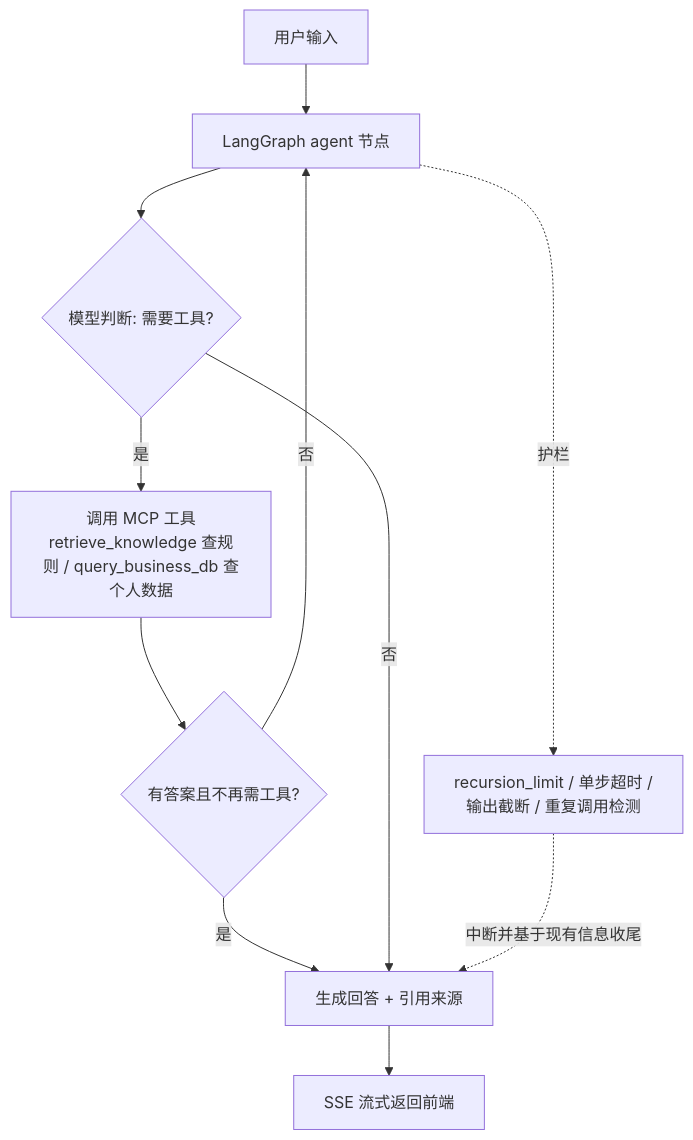
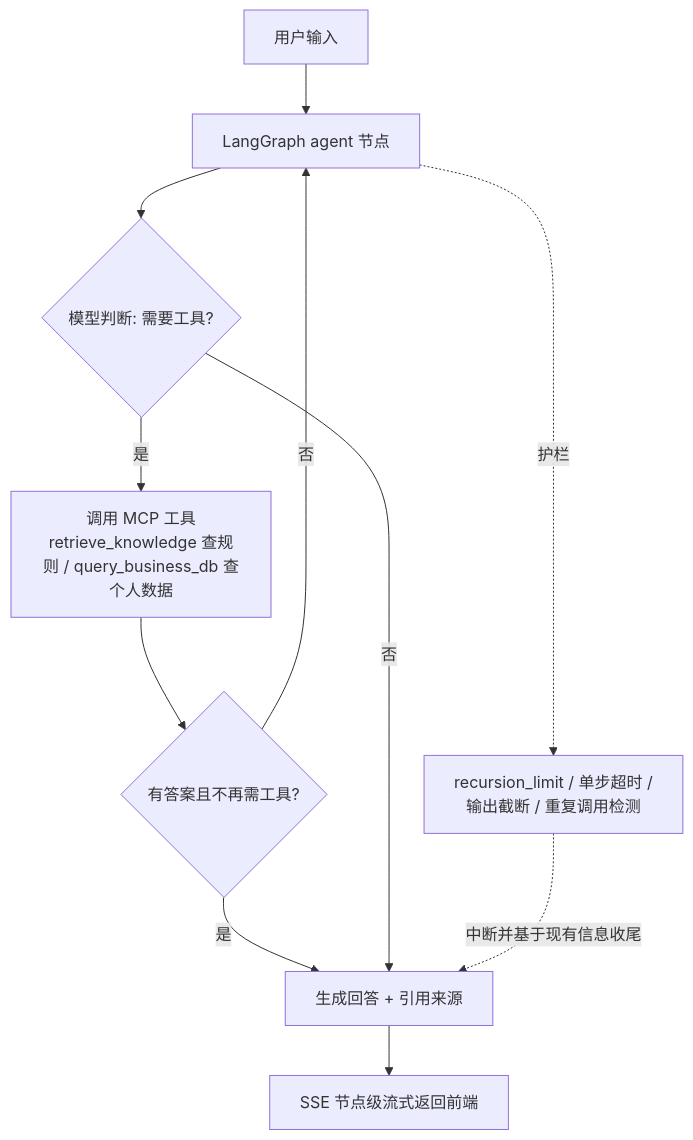
One commit to Just-Lost-Xanadu/kbase-agent changed the diagram in kbase-agent/README.md. Above: the diagram before and after it, drawn with Mermaid. The commit also changed other lines of this file, not shown here.

Commit message:
docs: 统一口径 —— SSE 统一标注为节点级; 评测 cases=10 修正为 40; --tag/--compare 明确归属端到端层

````diff
--- a/kbase-agent/README.md
+++ b/kbase-agent/README.md
@@ -92,13 +92,13 @@
 ```mermaid
 flowchart TD
     A[用户输入] --> B[LangGraph agent 节点]
     B --> C{模型判断: 需要工具?}
     C -- 是 --> D[调用 MCP 工具<br/>retrieve_knowledge 查规则 / query_business_db 查个人数据]
     D --> E{有答案且不再需工具?}
     E -- 否 --> B
     E -- 是 --> F[生成回答 + 引用来源]
     C -- 否 --> F
-    F --> G[SSE 流式返回前端]
+    F --> G[SSE 节点级流式返回前端]
     B -. 护栏 .-> H[recursion_limit / 单步超时 /<br/>输出截断 / 重复调用检测]
     H -. 中断并基于现有信息收尾 .-> F
 ```
````
